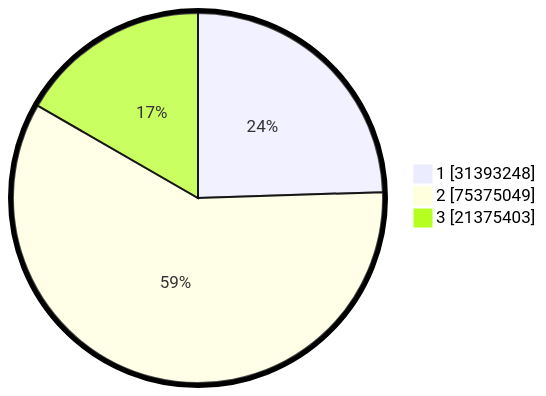
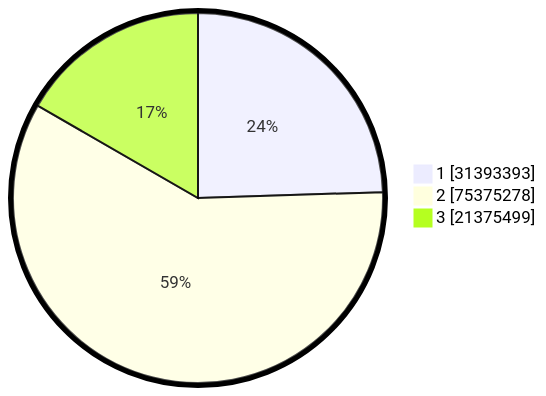
One commit to gigit-pemilu/pemilu-2024 changed the second of 2 diagrams in pilpres/hitung-suara/README.md. Above: the diagram before and after it, drawn with Mermaid. The commit also changed other lines of this file and 8 other files, not shown here.

````diff
--- a/pilpres/hitung-suara/README.md
+++ b/pilpres/hitung-suara/README.md
@@ -93,7 +93,7 @@
 ```mermaid
 %%{init: {"pie": {"textPosition": 0.5}, "themeVariables": {"pieOuterStrokeWidth": "5px"}} }%%
 pie showData
-    "1" : 31393248
-    "2" : 75375049
-    "3" : 21375403
+    "1" : 31393393
+    "2" : 75375278
+    "3" : 21375499
 ```
````
